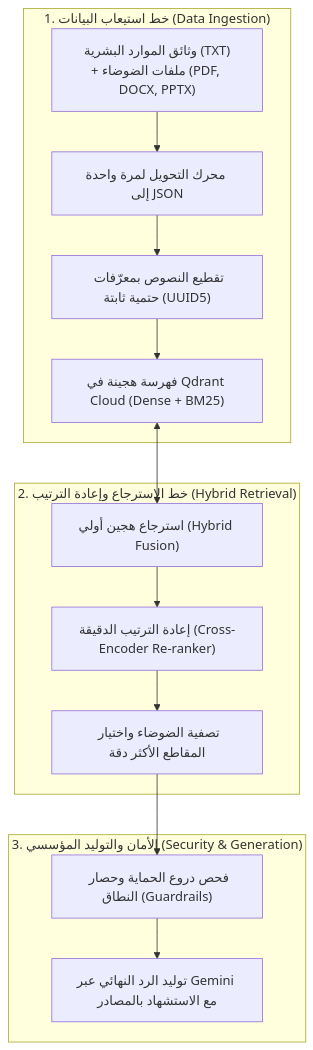
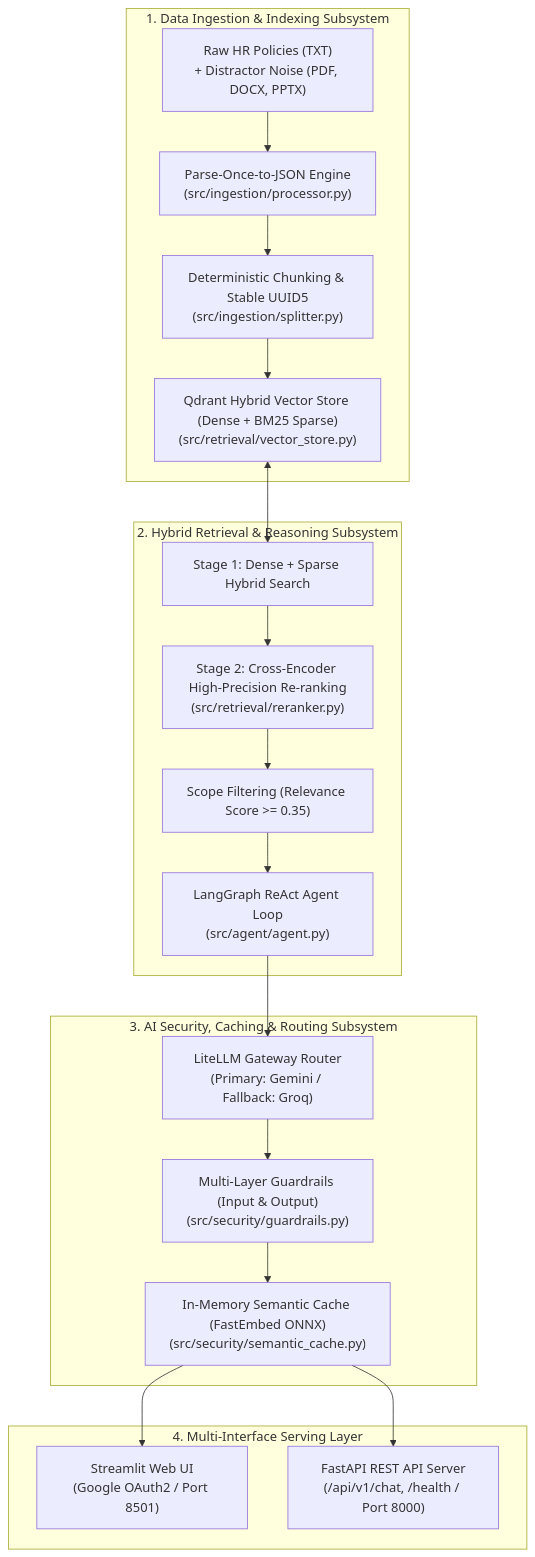
The diagram in docs/README.md (ali-abofouda/hr-policy-rag-assistant), drawn with Mermaid before and after one commit. The commit also changed other lines of this file and 18 other files, not shown here.

Commit message:
docs(manual): complete 15-module technical architecture documentation in english

````diff
--- a/docs/README.md
+++ b/docs/README.md
@@ -31,19 +35,26 @@
 ```mermaid
 flowchart TD
-    subgraph DataIngestion ["1. خط استيعاب البيانات (Data Ingestion)"]
-        D1["وثائق الموارد البشرية (TXT)\n+ ملفات الضوضاء (PDF, DOCX, PPTX)"] --> D2["محرك التحويل لمرة واحدة إلى JSON"]
-        D2 --> D3["تقطيع النصوص بمعرّفات حتمية ثابتة (UUID5)"]
-        D3 --> D4["فهرسة هجينة في Qdrant Cloud (Dense + BM25)"]
+    subgraph DataIngestion ["1. Data Ingestion & Indexing Subsystem"]
+        D1["Raw HR Policies (TXT)\n+ Distractor Noise (PDF, DOCX, PPTX)"] --> D2["Parse-Once-to-JSON Engine\n(src/ingestion/processor.py)"]
+        D2 --> D3["Deterministic Chunking & Stable UUID5\n(src/ingestion/splitter.py)"]
+        D3 --> D4["Qdrant Hybrid Vector Store (Dense + BM25 Sparse)\n(src/retrieval/vector_store.py)"]
     end
 
-    subgraph HybridRetrieval ["2. خط الاسترجاع وإعادة الترتيب (Hybrid Retrieval)"]
-        D4 <--> R1["استرجاع هجين أولي (Hybrid Fusion)"]
-        R1 --> R2["إعادة الترتيب الدقيقة (Cross-Encoder Re-ranker)"]
-        R2 --> R3["تصفية الضوضاء واختيار المقاطع الأكثر دقة"]
+    subgraph RetrievalAgent ["2. Hybrid Retrieval & Reasoning Subsystem"]
+        D4 <--> R1["Stage 1: Dense + Sparse Hybrid Search"]
+        R1 --> R2["Stage 2: Cross-Encoder High-Precision Re-ranking\n(src/retrieval/reranker.py)"]
+        R2 --> R3["Scope Filtering (Relevance Score >= 0.35)"]
+        R3 --> Agent["LangGraph ReAct Agent Loop\n(src/agent/agent.py)"]
     end
 
-    subgraph SecurityAndGen ["3. الأمان والتوليد المؤسسي (Security & Generation)"]
-        R3 --> S1["فحص دروع الحماية وحصار النطاق (Guardrails)"]
-        S1 --> S2["توليد الرد النهائي عبر Gemini مع الاستشهاد بالمصادر"]
+    subgraph SecurityGateway ["3. AI Security, Caching & Routing Subsystem"]
+        Agent --> L1["LiteLLM Gateway Router\n(Primary: Gemini / Fallback: Groq)"]
+        L1 --> L2["Multi-Layer Guardrails (Input & Output)\n(src/security/guardrails.py)"]
+        L2 --> L3["In-Memory Semantic Cache (FastEmbed ONNX)\n(src/security/semantic_cache.py)"]
+    end
+
+    subgraph ServingLayer ["4. Multi-Interface Serving Layer"]
+        L3 --> WebUI["Streamlit Web UI\n(Google OAuth2 / Port 8501)"]
+        L3 --> REST["FastAPI REST API Server\n(/api/v1/chat, /health / Port 8000)"]
     end
 ```
````
